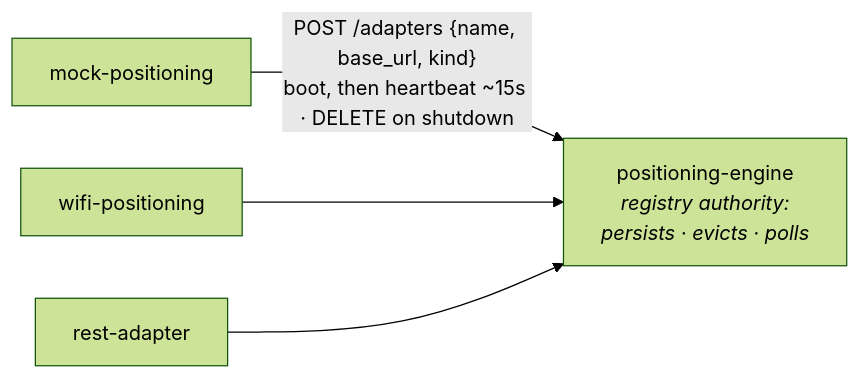
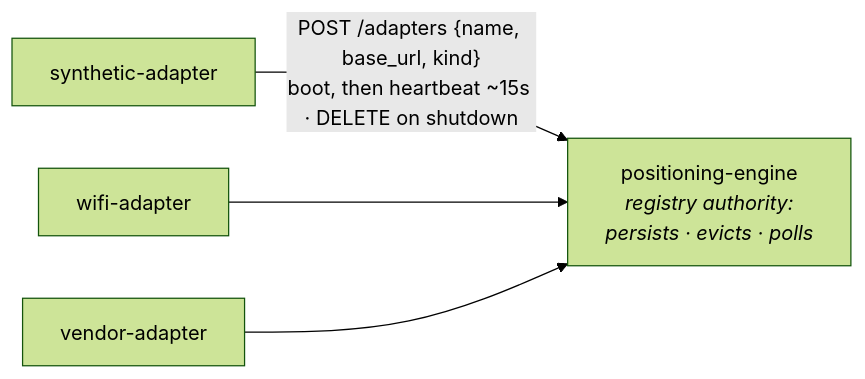
The diagram in docs/adapter-registry.md (Jacobbista/5g-northbound), drawn with Mermaid (forest theme) before and after one commit. The commit also changed 241 other files, not shown here.

````diff
--- a/docs/adapter-registry.md
+++ b/docs/adapter-registry.md
@@ -11,7 +11,7 @@
 ```mermaid
 flowchart LR
-    M["mock-positioning"] -->|"POST /adapters {name, base_url, kind}<br/>boot, then heartbeat ~15s · DELETE on shutdown"| E
-    W["wifi-positioning"] --> E
-    R["rest-adapter"] --> E
+    M["synthetic-adapter"] -->|"POST /adapters {name, base_url, kind}<br/>boot, then heartbeat ~15s · DELETE on shutdown"| E
+    W["wifi-adapter"] --> E
+    R["vendor-adapter"] --> E
     E["positioning-engine<br/><i>registry authority:<br/>persists · evicts · polls</i>"]
 ```
````
